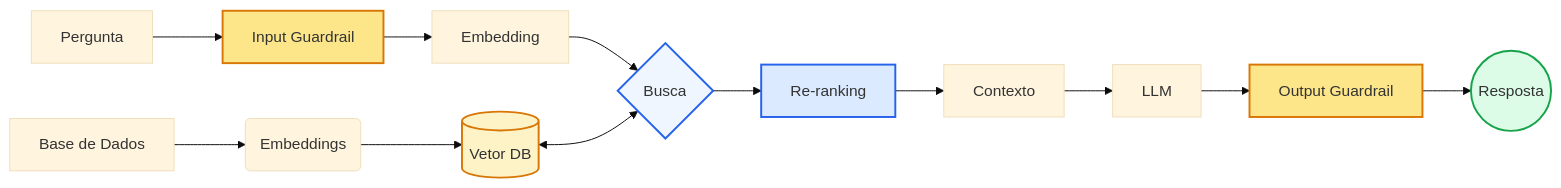
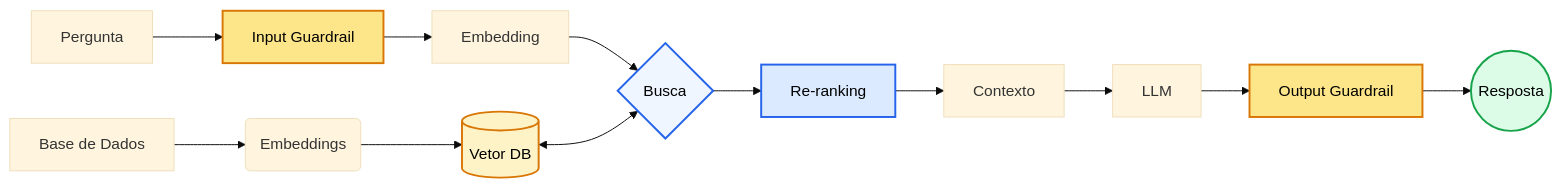
One commit to rivaildojunior/llm-rag changed the diagram in README.md. Above: the diagram before and after it, drawn with Mermaid (base theme).

Commit message:
atualiza readme

````diff
--- a/README.md
+++ b/README.md
@@ -94,25 +94,25 @@
 ```mermaid
 graph LR
     %% Nós principais
     A[Base de Dados] --> B(Embeddings)
     B --> C[(Vetor DB)]
 
     D[Pergunta] --> E[Input Guardrail]
     E --> F[Embedding]
     F --> G{Busca}
 
     C <--> G
     G --> H[Re-ranking]
     H --> I[Contexto]
     I --> J[LLM]
     J --> K[Output Guardrail]
     K --> L((Resposta))
 
     %% Estilização simples e elegante
-    style C fill:#fef3c7,stroke:#d97706,stroke-width:2px
-    style L fill:#dcfce7,stroke:#16a34a,stroke-width:2px
-    style G fill:#eff6ff,stroke:#2563eb,stroke-width:2px
-    style H fill:#dbeafe,stroke:#2563eb,stroke-width:2px
-    style E fill:#fde68a,stroke:#d97706,stroke-width:2px
-    style K fill:#fde68a,stroke:#d97706,stroke-width:2px
+    style C fill:#fef3c7,stroke:#d97706,stroke-width:2px,color:#000000
+    style L fill:#dcfce7,stroke:#16a34a,stroke-width:2px,color:#000000
+    style G fill:#eff6ff,stroke:#2563eb,stroke-width:2px,color:#000000
+    style H fill:#dbeafe,stroke:#2563eb,stroke-width:2px,color:#000000
+    style E fill:#fde68a,stroke:#d97706,stroke-width:2px,color:#000000
+    style K fill:#fde68a,stroke:#d97706,stroke-width:2px,color:#000000
 ```
````
